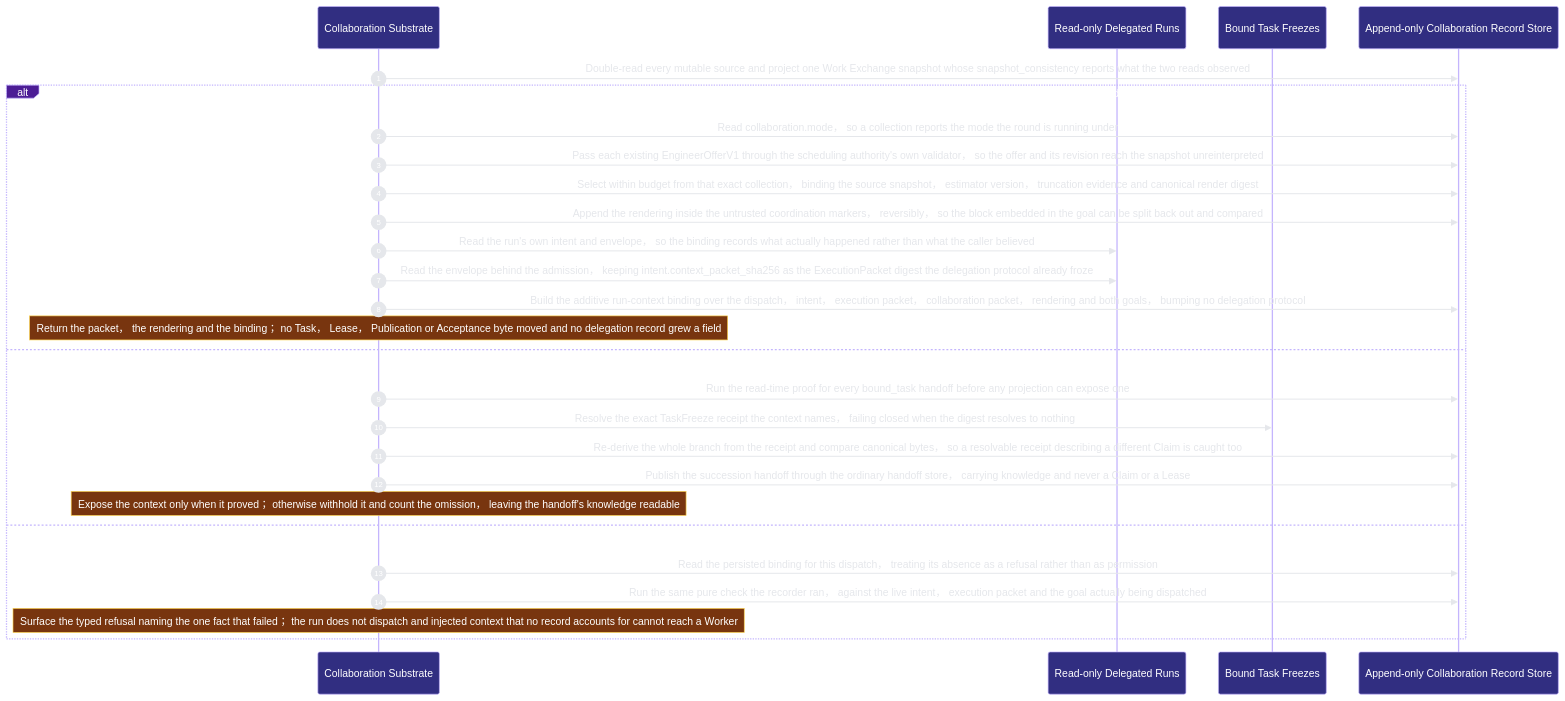
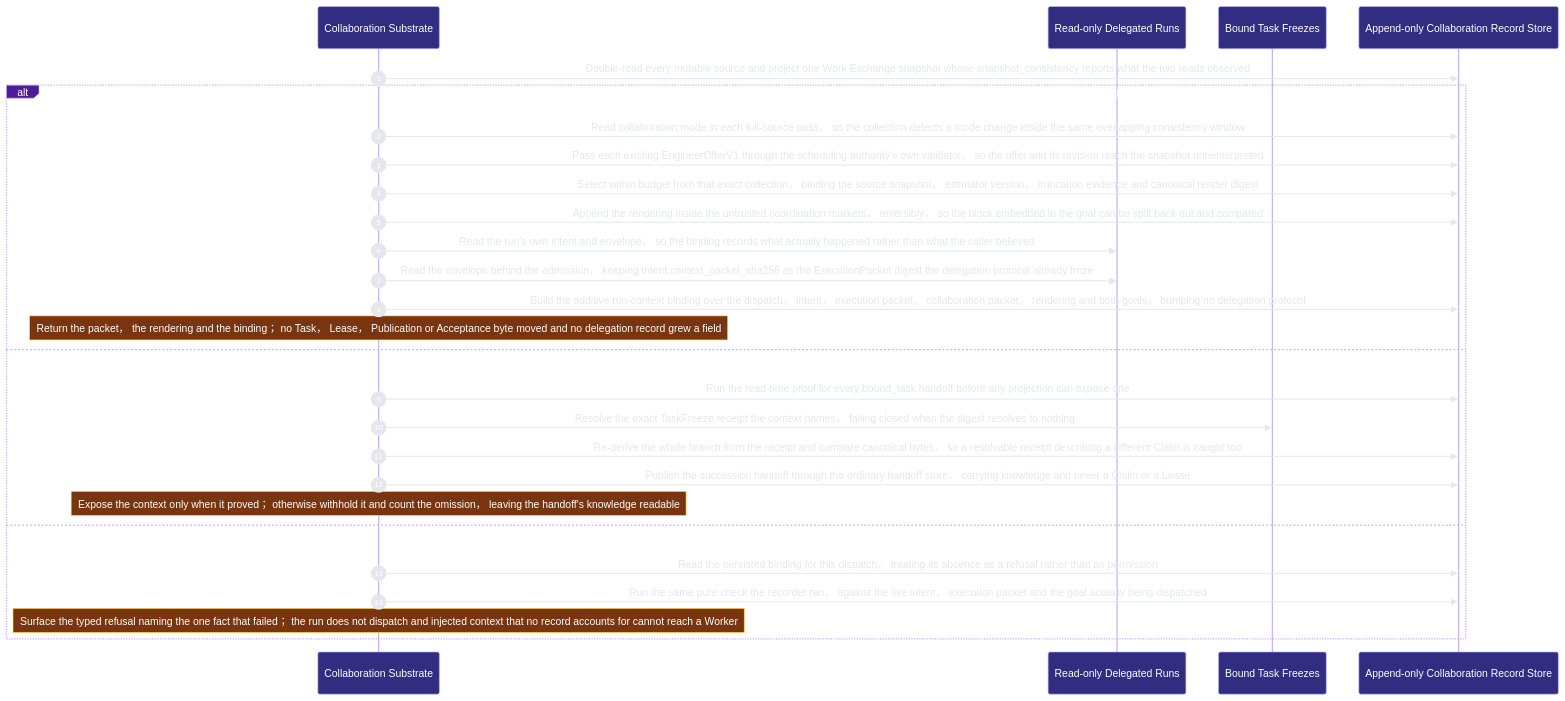
The third of 6 diagrams in docs/architecture/modules/runtime-harness/collaboration.md (Ancienttwo/repo-harness), drawn with Mermaid before and after one commit. The commit also changed other lines of this file and 55 other files, not shown here.

````diff
--- a/docs/architecture/modules/runtime-harness/collaboration.md
+++ b/docs/architecture/modules/runtime-harness/collaboration.md
@@ -143,30 +144,30 @@
 ```mermaid
 %%{init: {"theme":"base","themeVariables":{"background":"#0d1117","actorBkg":"#312e81","actorBorder":"#c4b5fd","actorTextColor":"#ffffff","signalColor":"#e5e7eb","signalTextColor":"#e5e7eb","labelBoxBkgColor":"#4c1d95","labelBoxBorderColor":"#c4b5fd","labelTextColor":"#ffffff","noteBkgColor":"#78350f","noteBorderColor":"#fcd34d","noteTextColor":"#ffffff","sequenceNumberColor":"#ffffff"}}}%%
 sequenceDiagram
   autonumber
   participant p2_collaboration_50c48bca as Collaboration Substrate
   participant p2_delegated_runs_6de9843b as Read-only Delegated Runs
   participant p2_bound_task_freezes_60610ef7 as Bound Task Freezes
   participant p2_collaboration_store_5c827af5 as Append-only Collaboration Record Store
   p2_collaboration_50c48bca->>p2_collaboration_store_5c827af5: Double-read every mutable source and project one Work Exchange snapshot whose snapshot_consistency reports what the two reads observed
   alt A stable snapshot becomes a bounded packet， an untrusted rendering composed into the run's goal， and a binding that records exactly what was embedded
-  p2_collaboration_50c48bca->>p2_collaboration_store_5c827af5: Read collaboration.mode， so a collection reports the mode the round is running under
+  p2_collaboration_50c48bca->>p2_collaboration_store_5c827af5: Read collaboration.mode in each full-source pass， so the collection detects a mode change inside the same overlapping consistency window
   p2_collaboration_50c48bca->>p2_collaboration_store_5c827af5: Pass each existing EngineerOfferV1 through the scheduling authority's own validator， so the offer and its revision reach the snapshot unreinterpreted
   p2_collaboration_50c48bca->>p2_collaboration_store_5c827af5: Select within budget from that exact collection， binding the source snapshot， estimator version， truncation evidence and canonical render digest
   p2_collaboration_50c48bca->>p2_collaboration_store_5c827af5: Append the rendering inside the untrusted coordination markers， reversibly， so the block embedded in the goal can be split back out and compared
   p2_collaboration_50c48bca->>p2_delegated_runs_6de9843b: Read the run's own intent and envelope， so the binding records what actually happened rather than what the caller believed
   p2_collaboration_50c48bca->>p2_delegated_runs_6de9843b: Read the envelope behind the admission， keeping intent.context_packet_sha256 as the ExecutionPacket digest the delegation protocol already froze
   p2_collaboration_50c48bca->>p2_collaboration_store_5c827af5: Build the additive run-context binding over the dispatch， intent， execution packet， collaboration packet， rendering and both goals， bumping no delegation protocol
     Note over p2_collaboration_50c48bca: Return the packet， the rendering and the binding； no Task， Lease， Publication or Acceptance byte moved and no delegation record grew a field
   else A handoff's bound_task execution context is shown against the freeze receipt it names， or withheld
   p2_collaboration_50c48bca->>p2_collaboration_store_5c827af5: Run the read-time proof for every bound_task handoff before any projection can expose one
   p2_collaboration_50c48bca->>p2_bound_task_freezes_60610ef7: Resolve the exact TaskFreeze receipt the context names， failing closed when the digest resolves to nothing
   p2_collaboration_50c48bca->>p2_collaboration_store_5c827af5: Re-derive the whole branch from the receipt and compare canonical bytes， so a resolvable receipt describing a different Claim is caught too
   p2_collaboration_50c48bca->>p2_collaboration_store_5c827af5: Publish the succession handoff through the ordinary handoff store， carrying knowledge and never a Claim or a Lease
     Note over p2_collaboration_50c48bca: Expose the context only when it proved； otherwise withhold it and count the omission， leaving the handoff's knowledge readable
   else A collaboration-mode run whose binding is missing， dangling， or describes a different goal is refused before it dispatches
   p2_collaboration_50c48bca->>p2_collaboration_store_5c827af5: Read the persisted binding for this dispatch， treating its absence as a refusal rather than as permission
   p2_collaboration_50c48bca->>p2_collaboration_store_5c827af5: Run the same pure check the recorder ran， against the live intent， execution packet and the goal actually being dispatched
     Note over p2_collaboration_50c48bca: Surface the typed refusal naming the one fact that failed； the run does not dispatch and injected context that no record accounts for cannot reach a Worker
   end
 ```
````
